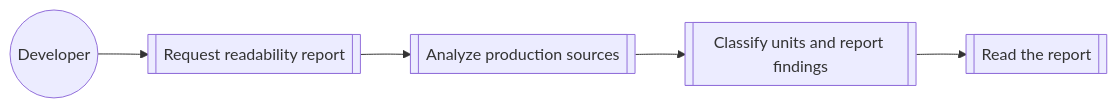
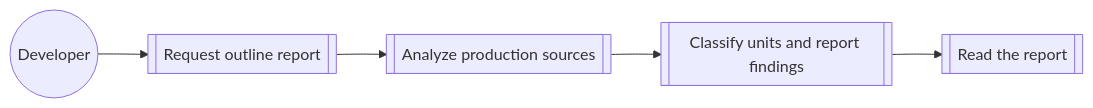
The diagram in givn/specs/assess-code-structure/usecase.md (buster/givn), drawn with Mermaid before and after one commit. The commit also changed other lines of this file and 54 other files, not shown here.

First line of the commit message:
refactor(outline): rename the readability addon and module

````diff
--- a/givn/specs/assess-code-structure/usecase.md
+++ b/givn/specs/assess-code-structure/usecase.md
@@ -120,7 +120,7 @@
 ```mermaid
 flowchart LR
-  Developer((Developer)) --> Report[[Request readability report]]
+  Developer((Developer)) --> Report[[Request outline report]]
   Report --> Analyze[[Analyze production sources]]
   Analyze --> Classify[[Classify units and report findings]]
   Classify --> View[[Read the report]]
 ```
````
